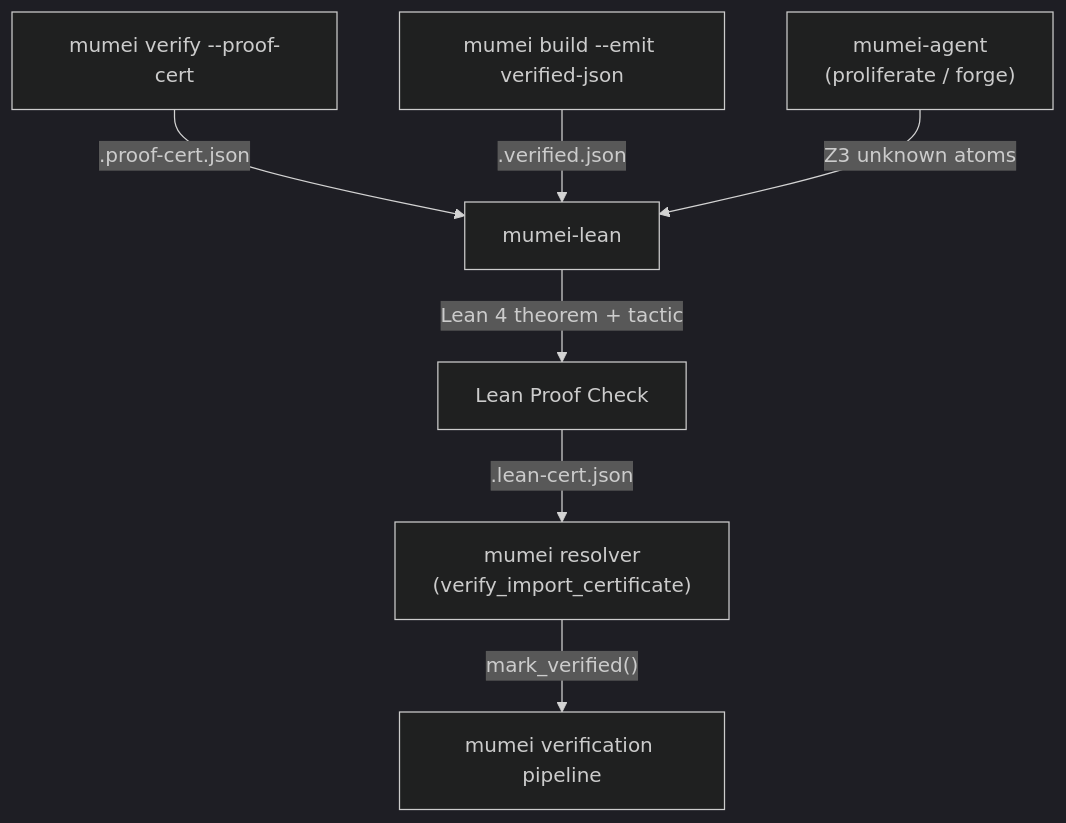
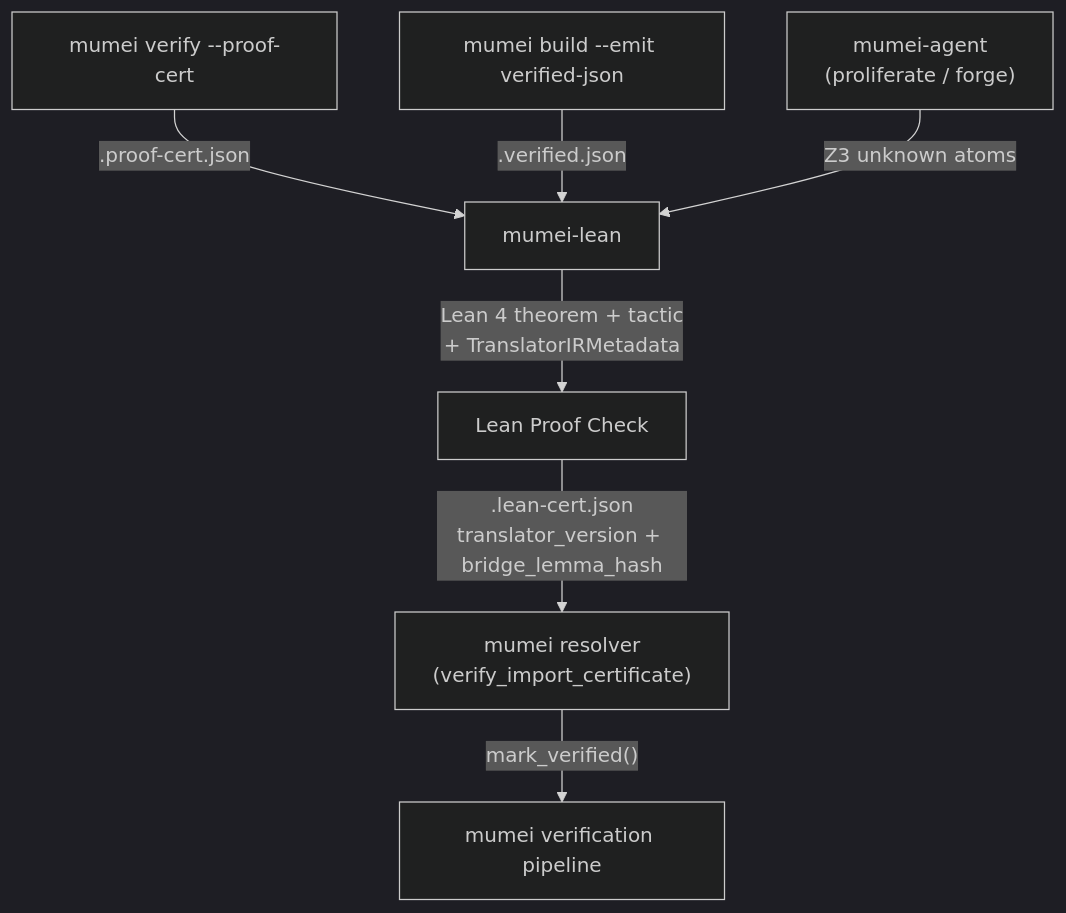
Before and after one commit to mumei-lang/mumei-lean: the diagram in README.md, drawn with Mermaid (dark theme). The commit also changed other lines of this file and 1 other file, not shown here.

Commit message:
docs: update typed Lean translator contract docs (#23)

````diff
--- a/README.md
+++ b/README.md
@@ -26,9 +29,9 @@
 ```mermaid
 graph TD
     M["mumei verify --proof-cert"] -->|".proof-cert.json"| ML["mumei-lean"]
     M2["mumei build --emit verified-json"] -->|".verified.json"| ML
-    ML -->|"Lean 4 theorem + tactic"| LP["Lean Proof Check"]
-    LP -->|".lean-cert.json"| MR["mumei resolver\n(verify_import_certificate)"]
+    ML -->|"Lean 4 theorem + tactic\n+ TranslatorIRMetadata"| LP["Lean Proof Check"]
+    LP -->|".lean-cert.json\ntranslator_version + bridge_lemma_hash"| MR["mumei resolver\n(verify_import_certificate)"]
     MR -->|"mark_verified()"| MV["mumei verification pipeline"]
     AG["mumei-agent\n(proliferate / forge)"] -->|"Z3 unknown atoms"| ML
 ```
````
